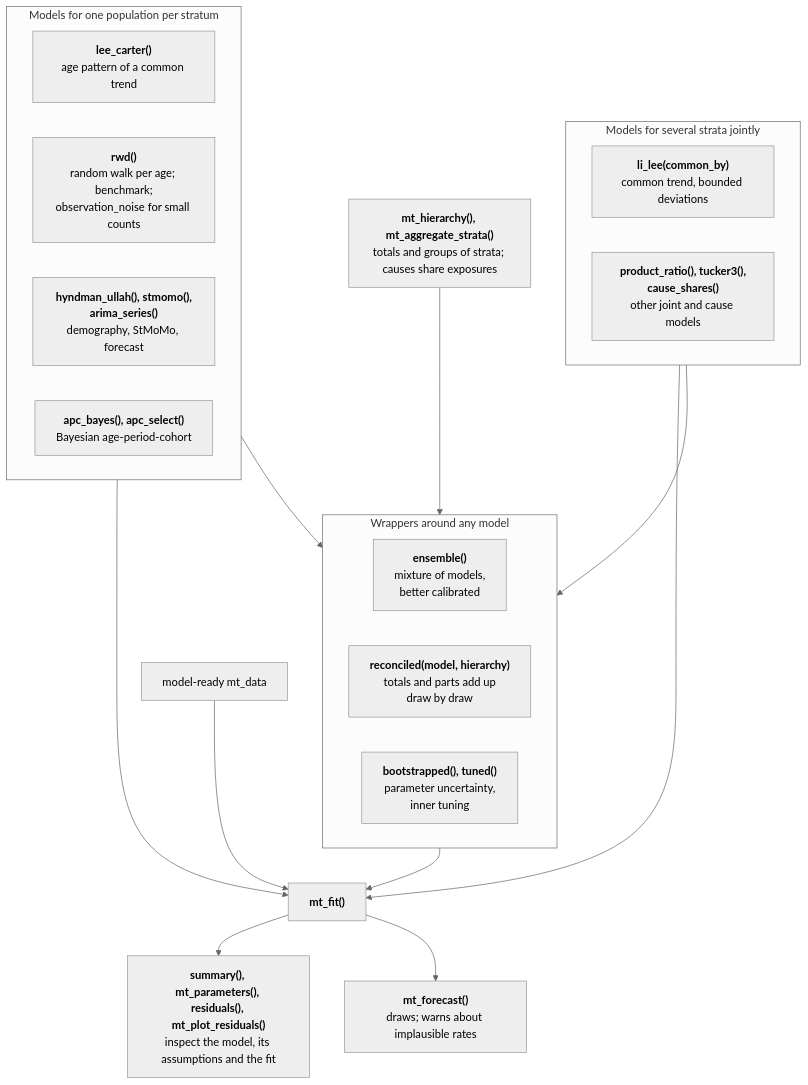
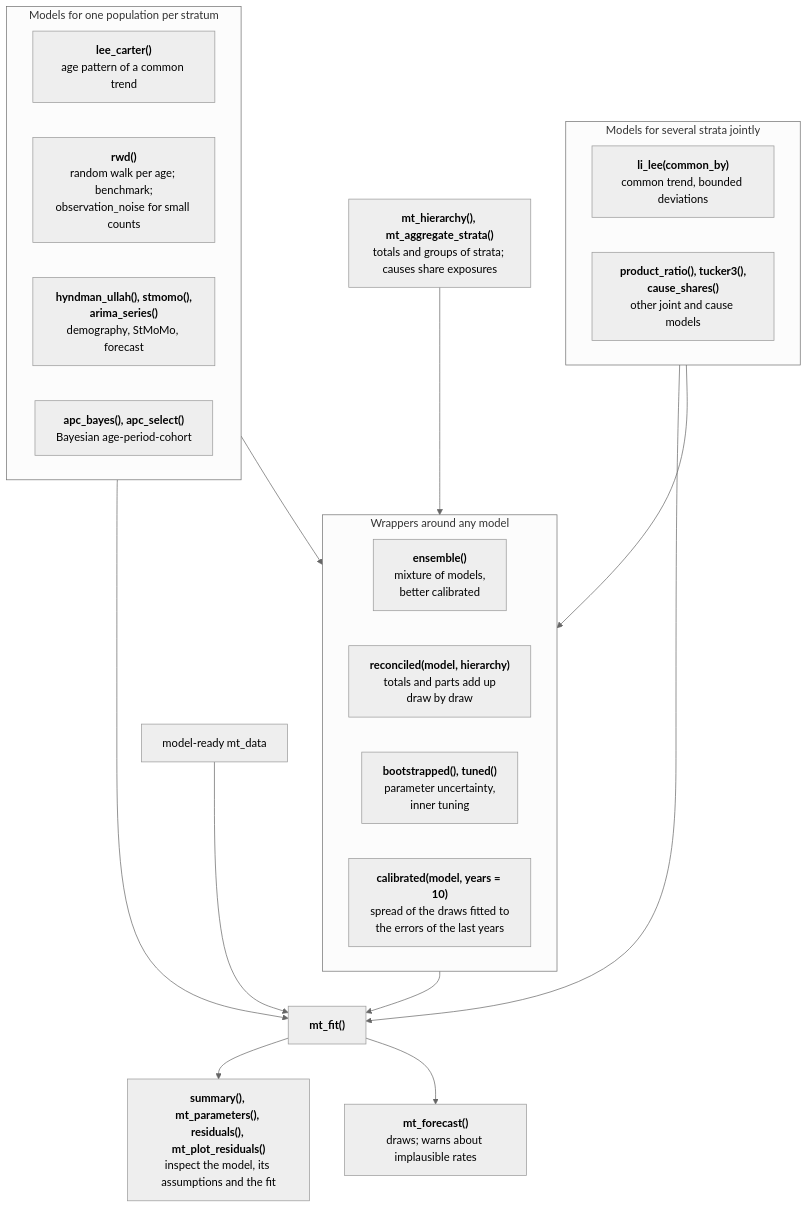
One commit to kalleEF/mortensor changed the third of 5 diagrams in vignettes/articles/function-map.Rmd. Above: the diagram before and after it, drawn with Mermaid (neutral theme). The commit also changed other lines of this file and 35 other files, not shown here.

````diff
--- a/vignettes/articles/function-map.Rmd
+++ b/vignettes/articles/function-map.Rmd
@@ -108,53 +108,56 @@
 ```mermaid
 flowchart TD
   M["model-ready mt_data"]
   subgraph ONE["Models for one population per stratum"]
     direction LR
     S1["`**lee_carter()**
     age pattern of a common trend`"]
     S2["`**rwd()**
     random walk per age; benchmark;
     observation_noise for small counts`"]
     S3["`**hyndman_ullah(), stmomo(),
     arima_series()**
     demography, StMoMo, forecast`"]
     S4["`**apc_bayes(), apc_select()**
     Bayesian age-period-cohort`"]
   end
   subgraph MANY["Models for several strata jointly"]
     direction LR
     J1["`**li_lee(common_by)**
     common trend, bounded deviations`"]
     J2["`**product_ratio(), tucker3(),
     cause_shares()**
     other joint and cause models`"]
   end
   subgraph WRAP["Wrappers around any model"]
     direction LR
     W1["`**ensemble()**
     mixture of models,
     better calibrated`"]
     W2["`**reconciled(model, hierarchy)**
     totals and parts add up
     draw by draw`"]
     W3["`**bootstrapped(), tuned()**
     parameter uncertainty,
     inner tuning`"]
+    W4["`**calibrated(model, years = 10)**
+    spread of the draws fitted to
+    the errors of the last years`"]
   end
   H["`**mt_hierarchy(), mt_aggregate_strata()**
   totals and groups of strata; causes share exposures`"]
   FIT["`**mt_fit()**`"]
   INS["`**summary(), mt_parameters(), residuals(), mt_plot_residuals()**
   inspect the model, its assumptions and the fit`"]
   FC["`**mt_forecast()**
   draws; warns about implausible rates`"]
   M --> FIT
   H --> W2
   ONE --> WRAP
   MANY --> WRAP
   ONE --> FIT
   MANY --> FIT
   WRAP --> FIT
   FIT --> INS
   FIT --> FC
 ```
````
